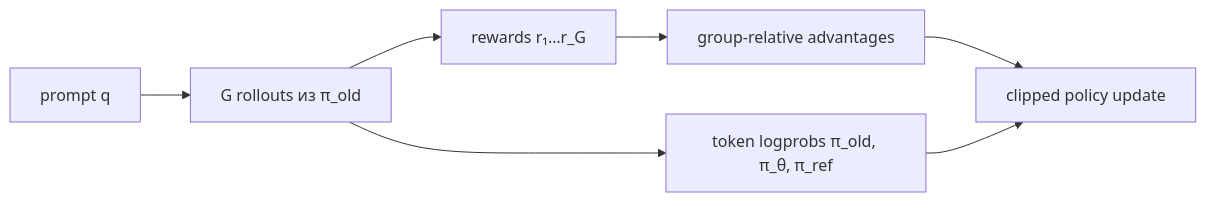
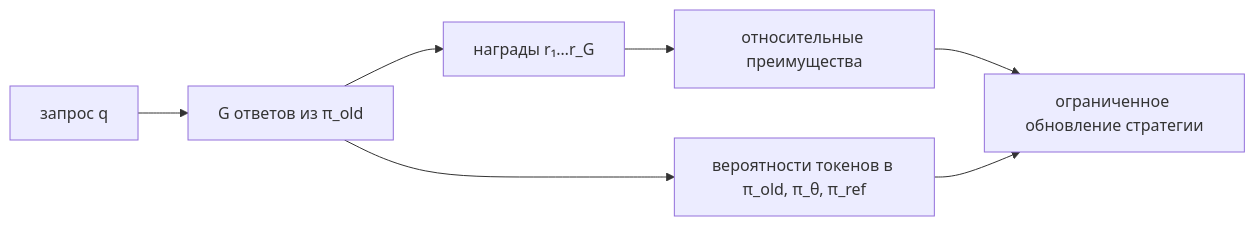
Before and after one commit to alpotekhin/bookvar: the first of 2 diagrams in 00 Учебник/12 Post-training и Alignment/07 GRPO и DeepSeek-R1.md, drawn with Mermaid. The commit also changed other lines of this file and 58 other files, not shown here.

````diff
--- a/00 Учебник/12 Post-training и Alignment/07 GRPO и DeepSeek-R1.md
+++ b/00 Учебник/12 Post-training и Alignment/07 GRPO и DeepSeek-R1.md
@@ -37,9 +39,9 @@
 ```mermaid
 flowchart LR
-    Q["prompt q"] --> G["G rollouts из π_old"]
-    G --> R["rewards r₁…r_G"]
-    R --> A["group-relative advantages"]
-    G --> L["token logprobs π_old, π_θ, π_ref"]
-    A --> U["clipped policy update"]
+    Q["запрос q"] --> G["G ответов из π_old"]
+    G --> R["награды r₁…r_G"]
+    R --> A["относительные преимущества"]
+    G --> L["вероятности токенов в π_old, π_θ, π_ref"]
+    A --> U["ограниченное обновление стратегии"]
     L --> U
 ```
````
